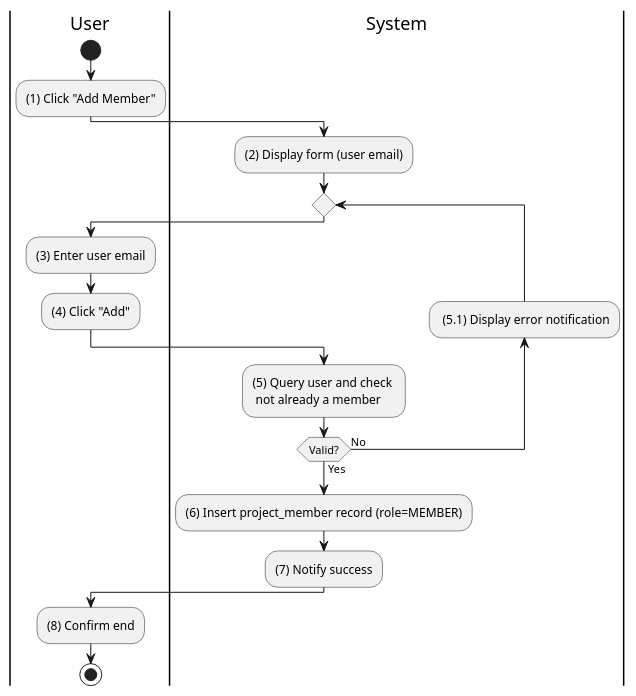
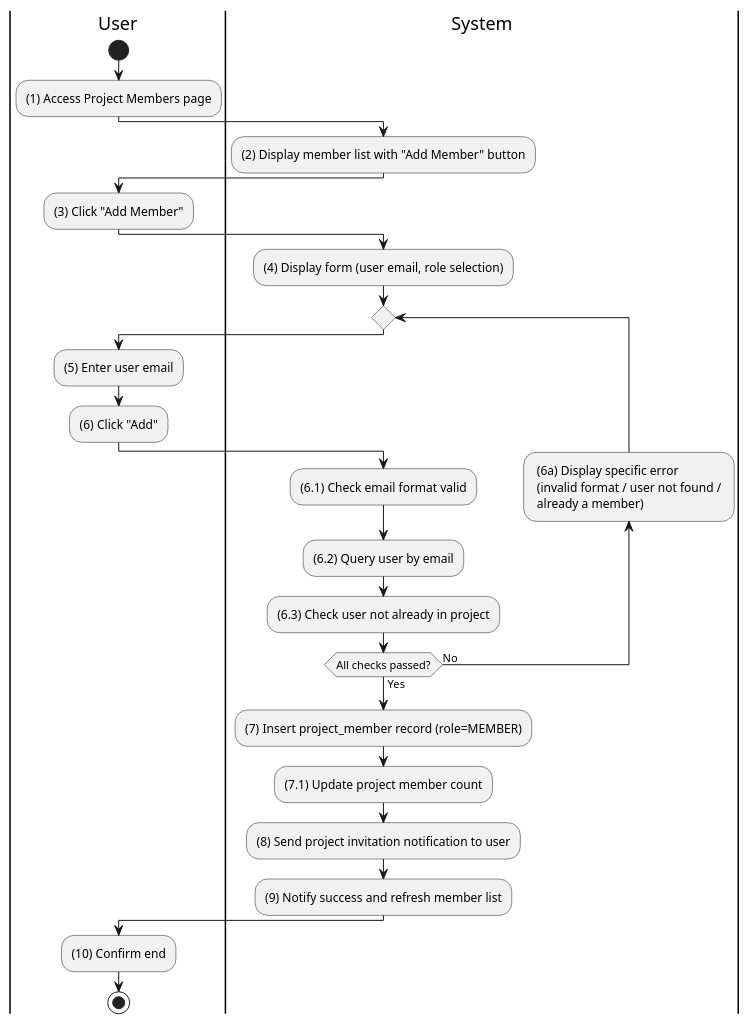
One commit to taskpilot-platform/taskpilot-platform.github.io changed the diagram in docs/docs/activity/project-members/add-member-to-project.md. Above: the diagram before and after it, drawn with PlantUML. The commit also changed 17 other files, not shown here.

````diff
--- a/docs/docs/activity/project-members/add-member-to-project.md
+++ b/docs/docs/activity/project-members/add-member-to-project.md
@@ -3,31 +3,41 @@
 ```plantuml
 @startuml
 |U|User
 |S|System
 
 |U|
 start
-:(1) Click "Add Member";
+:(1) Access Project Members page;
 
 |S|
-:(2) Display form (user email);
+:(2) Display member list with "Add Member" button;
+
+|U|
+:(3) Click "Add Member";
+
+|S|
+:(4) Display form (user email, role selection);
 
 repeat
   |U|
-  :(3) Enter user email;
-  :(4) Click "Add";
+  :(5) Enter user email;
+  :(6) Click "Add";
 
   |S|
-  :(5) Query user and check \n not already a member;
-  backward: (5.1) Display error notification;
-repeat while (Valid?) is (No) not (Yes)
+  :(6.1) Check email format valid;
+  :(6.2) Query user by email;
+  :(6.3) Check user not already in project;
+  backward: (6a) Display specific error \n (invalid format / user not found / \n already a member);
+repeat while (All checks passed?) is (No) not (Yes)
 
-:(6) Insert project_member record (role=MEMBER);
-:(7) Notify success;
+:(7) Insert project_member record (role=MEMBER);
+:(7.1) Update project member count;
+:(8) Send project invitation notification to user;
+:(9) Notify success and refresh member list;
 
 |U|
-:(8) Confirm end;
+:(10) Confirm end;
 
 stop
 @enduml
 ```
````
